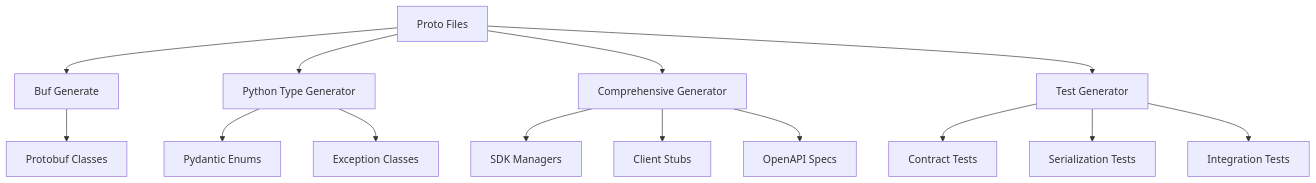
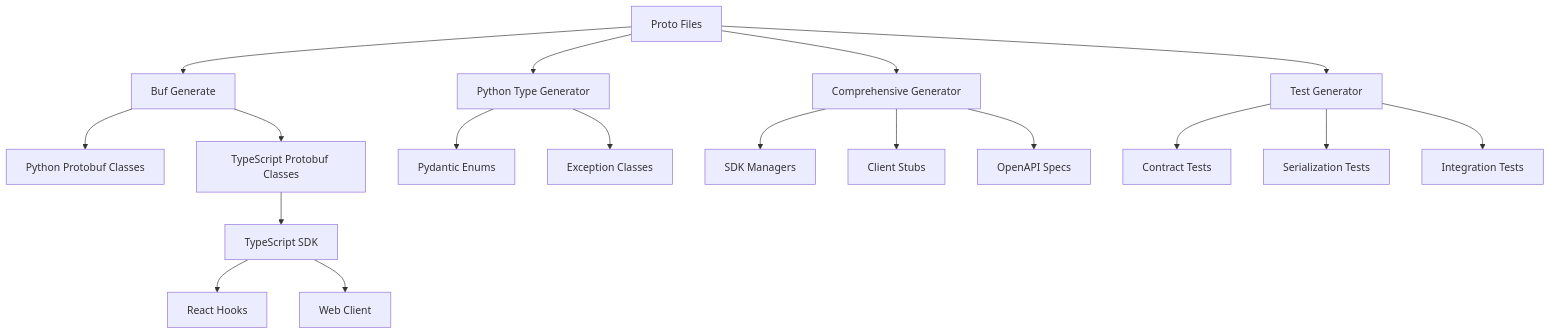
The diagram in docs/DEVELOPMENT.md (prometheus88/pfsdk), drawn with Mermaid before and after one commit. The commit also changed other lines of this file and 1 other file, not shown here.

First line of the commit message:
docs: update for multi-language SDK structure

````diff
--- a/docs/DEVELOPMENT.md
+++ b/docs/DEVELOPMENT.md
@@ -9,16 +28,20 @@
 ```mermaid
 graph TD
     A[Proto Files] --> B[Buf Generate]
-    B --> C[Protobuf Classes]
-    A --> D[Python Type Generator]
-    D --> E[Pydantic Enums]
-    D --> F[Exception Classes]
-    A --> G[Comprehensive Generator]
-    G --> H[SDK Managers]
-    G --> I[Client Stubs]
-    G --> J[OpenAPI Specs]
-    A --> K[Test Generator]
-    K --> L[Contract Tests]
-    K --> M[Serialization Tests]
-    K --> N[Integration Tests]
+    B --> C[Python Protobuf Classes]
+    B --> D[TypeScript Protobuf Classes]
+    A --> E[Python Type Generator]
+    E --> F[Pydantic Enums]
+    E --> G[Exception Classes]
+    A --> H[Comprehensive Generator]
+    H --> I[SDK Managers]
+    H --> J[Client Stubs]
+    H --> K[OpenAPI Specs]
+    A --> L[Test Generator]
+    L --> M[Contract Tests]
+    L --> N[Serialization Tests]
+    L --> O[Integration Tests]
+    D --> P[TypeScript SDK]
+    P --> Q[React Hooks]
+    P --> R[Web Client]
 ```
````
